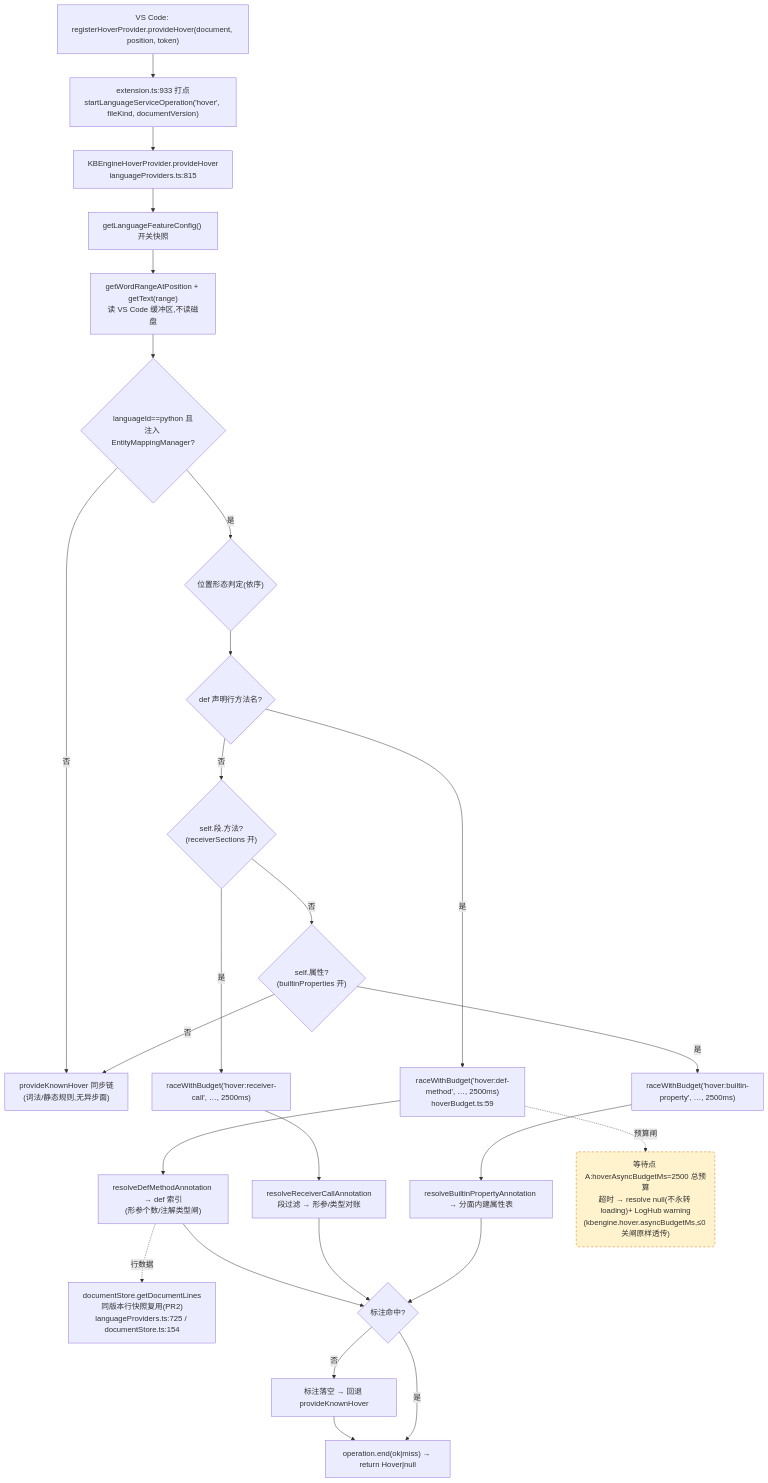
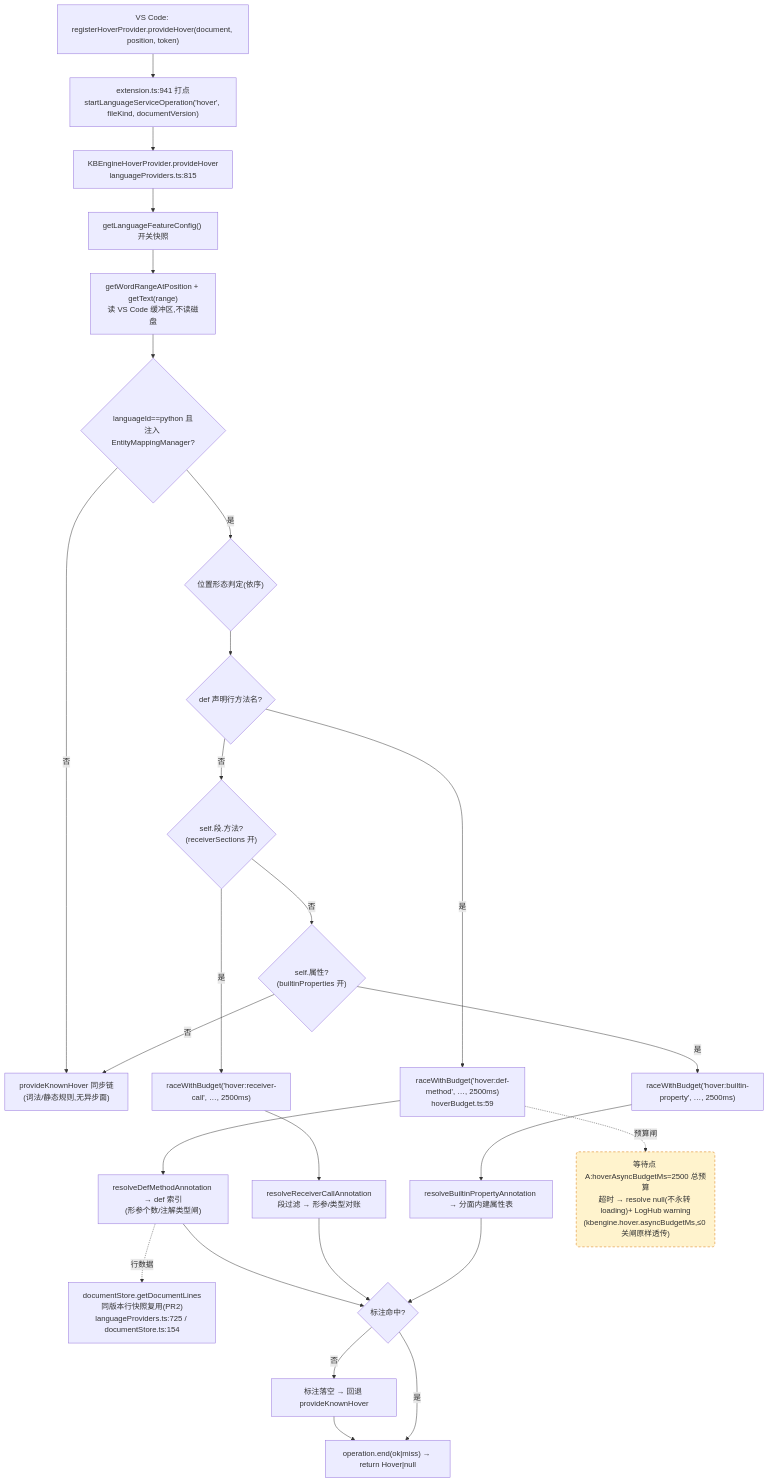
The first of 4 diagrams in docs/perf/2026-baseline.md (cuihairu/kode), drawn with Mermaid before and after one commit. The commit also changed other lines of this file and 12 other files, not shown here.

````diff
--- a/docs/perf/2026-baseline.md
+++ b/docs/perf/2026-baseline.md
@@ -82,45 +82,45 @@
 ```mermaid
 flowchart TD
   VC1["VS Code: registerHoverProvider.provideHover(document, position, token)"]
-  M1["extension.ts:933 打点<br/>startLanguageServiceOperation('hover', fileKind, documentVersion)"]
+  M1["extension.ts:941 打点<br/>startLanguageServiceOperation('hover', fileKind, documentVersion)"]
   HP["KBEngineHoverProvider.provideHover<br/>languageProviders.ts:815"]
   CFG["getLanguageFeatureConfig() 开关快照"]
   WORD["getWordRangeAtPosition + getText(range)<br/>读 VS Code 缓冲区,不读磁盘"]
   BR{"languageId==python 且<br/>注入 EntityMappingManager?"}
   KN["provideKnownHover 同步链<br/>(词法/静态规则,无异步面)"]
   POS{"位置形态判定(依序)"}
   D1{"def 声明行方法名?"}
   D2{"self.段.方法?<br/>(receiverSections 开)"}
   D3{"self.属性?<br/>(builtinProperties 开)"}
   RA1["raceWithBudget('hover:def-method', …, 2500ms)<br/>hoverBudget.ts:59"]
   RA2["raceWithBudget('hover:receiver-call', …, 2500ms)"]
   RA3["raceWithBudget('hover:builtin-property', …, 2500ms)"]
   RS1["resolveDefMethodAnnotation → def 索引<br/>(形参个数/注解类型闸)"]
   RS2["resolveReceiverCallAnnotation<br/>段过滤 → 形参/类型对账"]
   RS3["resolveBuiltinPropertyAnnotation → 分面内建属性表"]
   LINES["documentStore.getDocumentLines<br/>同版本行快照复用(PR2)<br/>languageProviders.ts:725 / documentStore.ts:154"]
   MISS["标注落空 → 回退 provideKnownHover"]
   END1["operation.end(ok|miss) → return Hover|null"]
 
   VC1 --> M1 --> HP --> CFG --> WORD --> BR
   BR -- "否" --> KN
   BR -- "是" --> POS --> D1
   D1 -- "是" --> RA1 --> RS1
   D1 -- "否" --> D2
   D2 -- "是" --> RA2 --> RS2
   D2 -- "否" --> D3
   D3 -- "是" --> RA3 --> RS3
   D3 -- "否" --> KN
   RS1 --> HIT{"标注命中?"}
   RS2 --> HIT
   RS3 --> HIT
   RS1 -.->|行数据| LINES
   HIT -- "否" --> MISS --> END1
   HIT -- "是" --> END1
 
   WAITA("等待点 A:hoverAsyncBudgetMs=2500 总预算<br/>超时 → resolve null(不永转 loading)+ LogHub warning<br/>(kbengine.hover.asyncBudgetMs,≤0 关闸原样透传)")
   RA1 -.->|预算闸| WAITA
 
   classDef waitPoint fill:#fff3cd,stroke:#d97706,stroke-dasharray:5 4;
   class WAITA waitPoint;
 ```
````
